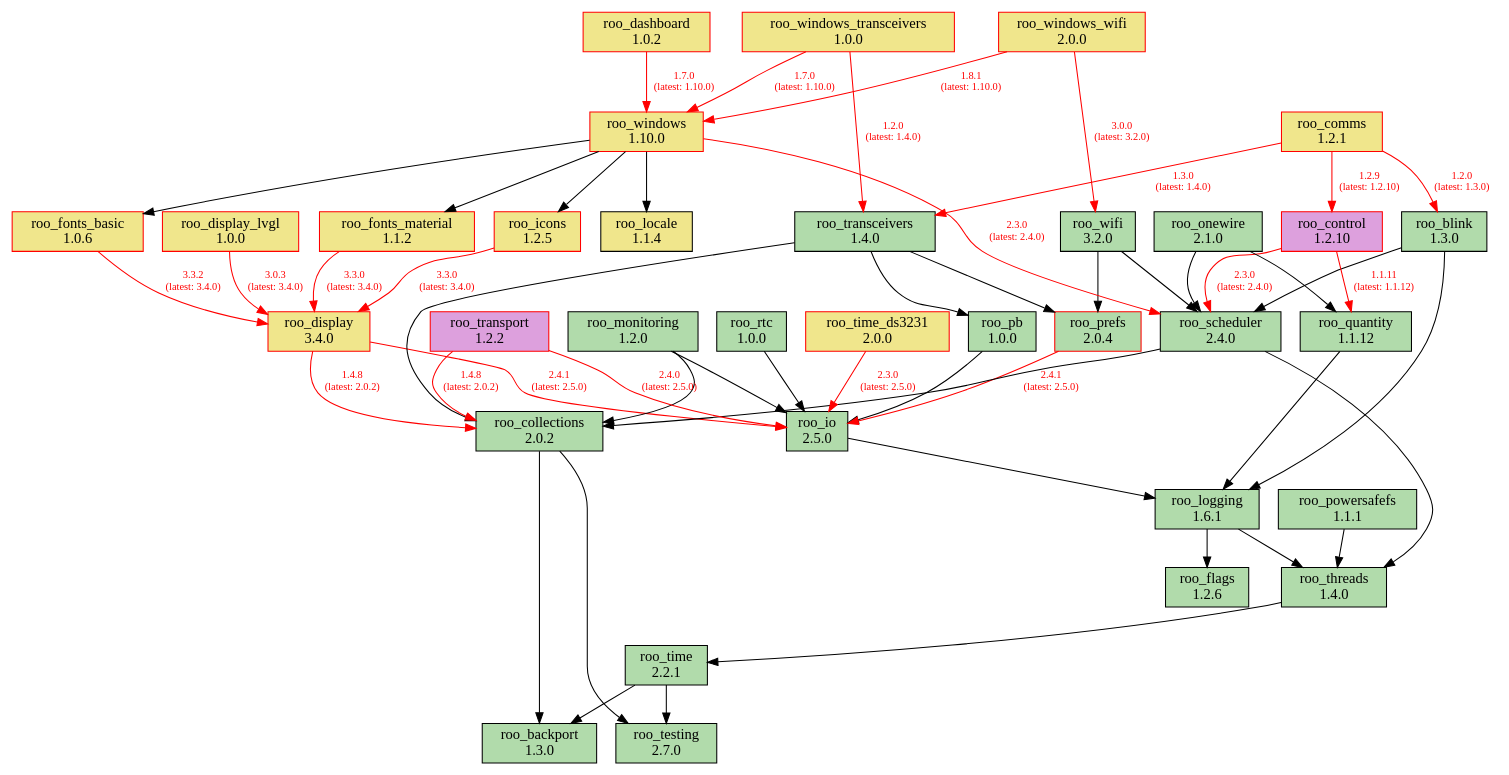
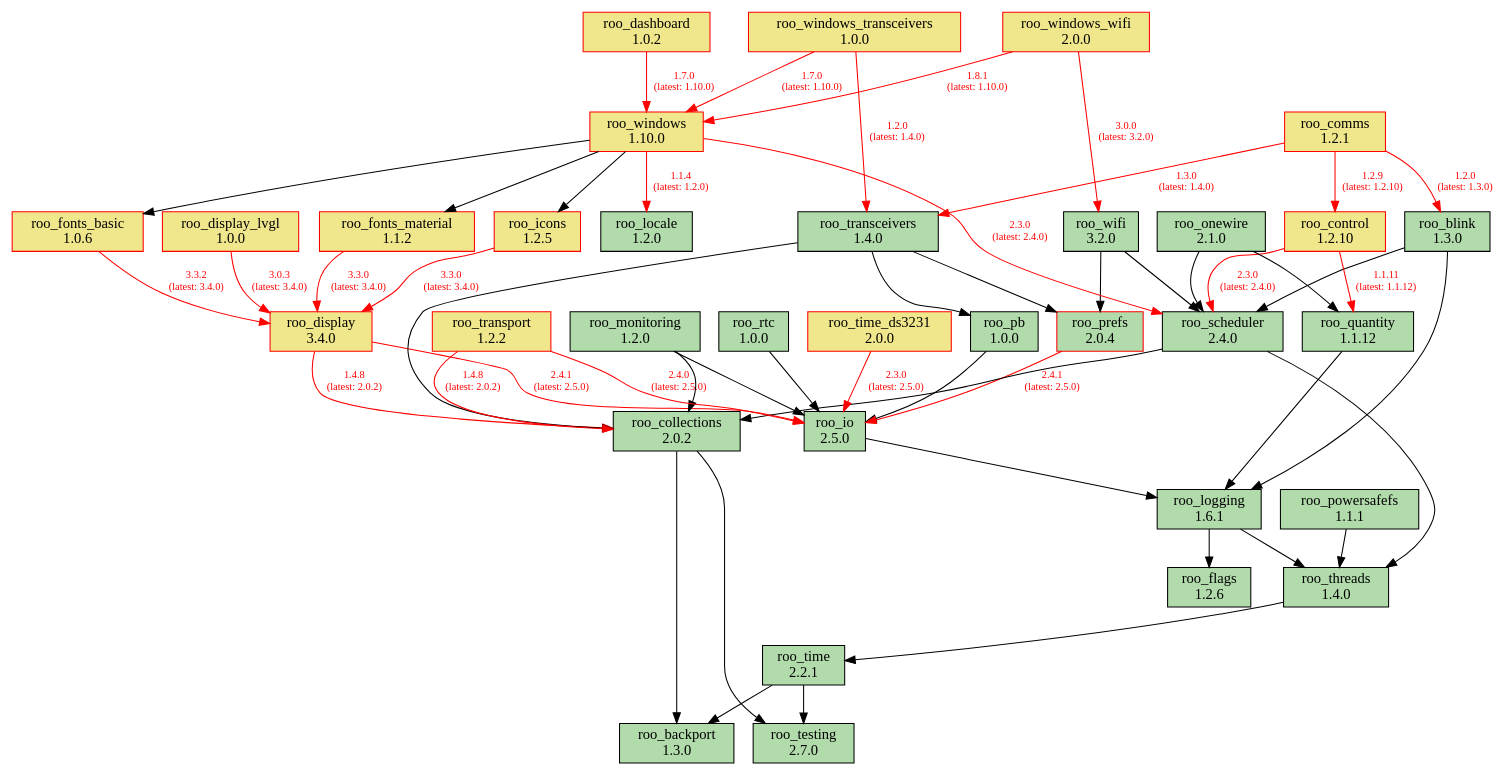
One commit to dejwk/roo-registry changed the diagram in doc/dependencies.dot. Above: the diagram before and after it, drawn with Graphviz. The commit also changed 3 other files, not shown here.

Commit message:
Added roo_locale 1.2.0 to the registry.

```diff
--- a/doc/dependencies.dot
+++ b/doc/dependencies.dot
@@ -1,92 +1,92 @@
 digraph dependencies {
     rankdir=TB;
     node [shape=box, style=filled];
     edge [fontsize=10];
 
     // Modules
     "roo_backport" [label="roo_backport\n1.3.0", fillcolor="#b1dbab", color="black"];
     "roo_blink" [label="roo_blink\n1.3.0", fillcolor="#b1dbab", color="black"];
     "roo_collections" [label="roo_collections\n2.0.2", fillcolor="#b1dbab", color="black"];
     "roo_comms" [label="roo_comms\n1.2.1", fillcolor="khaki", color="red"];
-    "roo_control" [label="roo_control\n1.2.10", fillcolor="plum", color="red"];
+    "roo_control" [label="roo_control\n1.2.10", fillcolor="khaki", color="red"];
     "roo_dashboard" [label="roo_dashboard\n1.0.2", fillcolor="khaki", color="red"];
     "roo_display" [label="roo_display\n3.4.0", fillcolor="khaki", color="red"];
     "roo_display_lvgl" [label="roo_display_lvgl\n1.0.0", fillcolor="khaki", color="red"];
     "roo_flags" [label="roo_flags\n1.2.6", fillcolor="#b1dbab", color="black"];
     "roo_fonts_basic" [label="roo_fonts_basic\n1.0.6", fillcolor="khaki", color="red"];
     "roo_fonts_material" [label="roo_fonts_material\n1.1.2", fillcolor="khaki", color="red"];
     "roo_icons" [label="roo_icons\n1.2.5", fillcolor="khaki", color="red"];
     "roo_io" [label="roo_io\n2.5.0", fillcolor="#b1dbab", color="black"];
-    "roo_locale" [label="roo_locale\n1.1.4", fillcolor="khaki", color="black"];
+    "roo_locale" [label="roo_locale\n1.2.0", fillcolor="#b1dbab", color="black"];
     "roo_logging" [label="roo_logging\n1.6.1", fillcolor="#b1dbab", color="black"];
     "roo_monitoring" [label="roo_monitoring\n1.2.0", fillcolor="#b1dbab", color="black"];
     "roo_onewire" [label="roo_onewire\n2.1.0", fillcolor="#b1dbab", color="black"];
     "roo_pb" [label="roo_pb\n1.0.0", fillcolor="#b1dbab", color="black"];
     "roo_powersafefs" [label="roo_powersafefs\n1.1.1", fillcolor="#b1dbab", color="black"];
     "roo_prefs" [label="roo_prefs\n2.0.4", fillcolor="#b1dbab", color="red"];
     "roo_quantity" [label="roo_quantity\n1.1.12", fillcolor="#b1dbab", color="black"];
     "roo_rtc" [label="roo_rtc\n1.0.0", fillcolor="#b1dbab", color="black"];
     "roo_scheduler" [label="roo_scheduler\n2.4.0", fillcolor="#b1dbab", color="black"];
     "roo_testing" [label="roo_testing\n2.7.0", fillcolor="#b1dbab", color="black"];
     "roo_threads" [label="roo_threads\n1.4.0", fillcolor="#b1dbab", color="black"];
     "roo_time" [label="roo_time\n2.2.1", fillcolor="#b1dbab", color="black"];
     "roo_time_ds3231" [label="roo_time_ds3231\n2.0.0", fillcolor="khaki", color="red"];
     "roo_transceivers" [label="roo_transceivers\n1.4.0", fillcolor="#b1dbab", color="black"];
-    "roo_transport" [label="roo_transport\n1.2.2", fillcolor="plum", color="red"];
+    "roo_transport" [label="roo_transport\n1.2.2", fillcolor="khaki", color="red"];
     "roo_wifi" [label="roo_wifi\n3.2.0", fillcolor="#b1dbab", color="black"];
     "roo_windows" [label="roo_windows\n1.10.0", fillcolor="khaki", color="red"];
     "roo_windows_transceivers" [label="roo_windows_transceivers\n1.0.0", fillcolor="khaki", color="red"];
     "roo_windows_wifi" [label="roo_windows_wifi\n2.0.0", fillcolor="khaki", color="red"];
 
     // Dependencies
     "roo_blink" -> "roo_logging";
     "roo_blink" -> "roo_scheduler";
     "roo_collections" -> "roo_testing";
     "roo_collections" -> "roo_backport";
     "roo_comms" -> "roo_blink" [color=red, fontcolor=red, label="1.2.0\n(latest: 1.3.0)"];
     "roo_comms" -> "roo_control" [color=red, fontcolor=red, label="1.2.9\n(latest: 1.2.10)"];
     "roo_comms" -> "roo_transceivers" [color=red, fontcolor=red, label="1.3.0\n(latest: 1.4.0)"];
     "roo_control" -> "roo_quantity" [color=red, fontcolor=red, label="1.1.11\n(latest: 1.1.12)"];
     "roo_control" -> "roo_scheduler" [color=red, fontcolor=red, label="2.3.0\n(latest: 2.4.0)"];
     "roo_dashboard" -> "roo_windows" [color=red, fontcolor=red, label="1.7.0\n(latest: 1.10.0)"];
     "roo_display" -> "roo_collections" [color=red, fontcolor=red, label="1.4.8\n(latest: 2.0.2)"];
     "roo_display" -> "roo_io" [color=red, fontcolor=red, label="2.4.1\n(latest: 2.5.0)"];
     "roo_display_lvgl" -> "roo_display" [color=red, fontcolor=red, label="3.0.3\n(latest: 3.4.0)"];
     "roo_fonts_basic" -> "roo_display" [color=red, fontcolor=red, label="3.3.2\n(latest: 3.4.0)"];
     "roo_fonts_material" -> "roo_display" [color=red, fontcolor=red, label="3.3.0\n(latest: 3.4.0)"];
     "roo_icons" -> "roo_display" [color=red, fontcolor=red, label="3.3.0\n(latest: 3.4.0)"];
     "roo_io" -> "roo_logging";
     "roo_logging" -> "roo_flags";
     "roo_logging" -> "roo_threads";
     "roo_monitoring" -> "roo_collections";
     "roo_monitoring" -> "roo_io";
     "roo_onewire" -> "roo_scheduler";
     "roo_onewire" -> "roo_quantity";
     "roo_pb" -> "roo_io";
     "roo_powersafefs" -> "roo_threads";
     "roo_prefs" -> "roo_io" [color=red, fontcolor=red, label="2.4.1\n(latest: 2.5.0)"];
     "roo_quantity" -> "roo_logging";
     "roo_rtc" -> "roo_io";
     "roo_scheduler" -> "roo_collections";
     "roo_scheduler" -> "roo_threads";
     "roo_threads" -> "roo_time";
     "roo_time" -> "roo_testing";
     "roo_time" -> "roo_backport";
     "roo_time_ds3231" -> "roo_io" [color=red, fontcolor=red, label="2.3.0\n(latest: 2.5.0)"];
     "roo_transceivers" -> "roo_pb";
     "roo_transceivers" -> "roo_collections";
     "roo_transceivers" -> "roo_prefs";
     "roo_transport" -> "roo_collections" [color=red, fontcolor=red, label="1.4.8\n(latest: 2.0.2)"];
     "roo_transport" -> "roo_io" [color=red, fontcolor=red, label="2.4.0\n(latest: 2.5.0)"];
     "roo_wifi" -> "roo_prefs";
     "roo_wifi" -> "roo_scheduler";
     "roo_windows" -> "roo_fonts_basic";
     "roo_windows" -> "roo_fonts_material";
-    "roo_windows" -> "roo_locale";
+    "roo_windows" -> "roo_locale" [color=red, fontcolor=red, label="1.1.4\n(latest: 1.2.0)"];
     "roo_windows" -> "roo_icons";
     "roo_windows" -> "roo_scheduler" [color=red, fontcolor=red, label="2.3.0\n(latest: 2.4.0)"];
     "roo_windows_transceivers" -> "roo_transceivers" [color=red, fontcolor=red, label="1.2.0\n(latest: 1.4.0)"];
     "roo_windows_transceivers" -> "roo_windows" [color=red, fontcolor=red, label="1.7.0\n(latest: 1.10.0)"];
     "roo_windows_wifi" -> "roo_wifi" [color=red, fontcolor=red, label="3.0.0\n(latest: 3.2.0)"];
     "roo_windows_wifi" -> "roo_windows" [color=red, fontcolor=red, label="1.8.1\n(latest: 1.10.0)"];
 }
```
